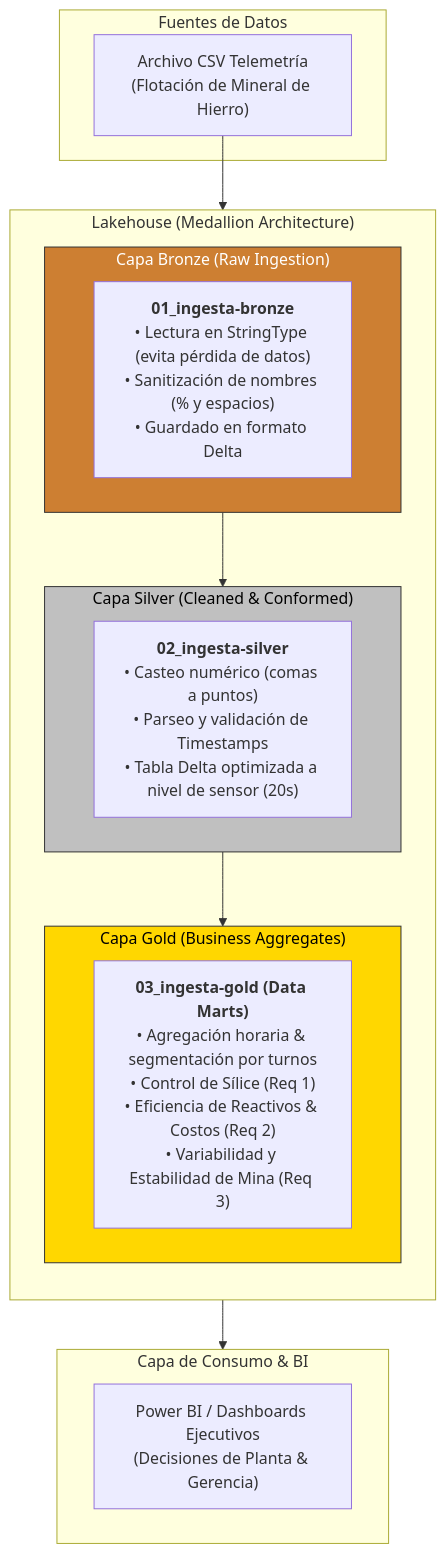
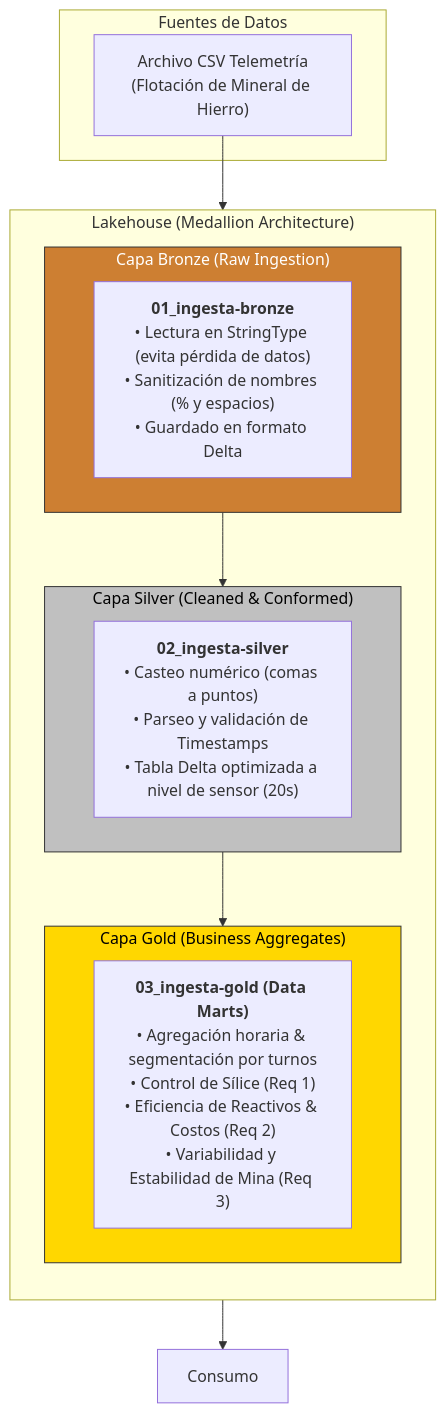
One commit to Wedkyy/Mining-pipeline changed the diagram in README.md. Above: the diagram before and after it, drawn with Mermaid. The commit also changed other lines of this file, not shown here.

````diff
--- a/README.md
+++ b/README.md
@@ -18,36 +18,33 @@
 ```mermaid
 flowchart TD
     subgraph Origen ["Fuentes de Datos"]
         CSV["Archivo CSV Telemetría<br/>(Flotación de Mineral de Hierro)"]
     end
 
     subgraph Databricks ["Lakehouse (Medallion Architecture)"]
         direction TB
         
         subgraph Bronze ["Capa Bronze (Raw Ingestion)"]
             B1["<b>01_ingesta-bronze</b><br/>• Lectura en StringType (evita pérdida de datos)<br/>• Sanitización de nombres (% y espacios)<br/>• Guardado en formato Delta"]
         end
 
         subgraph Silver ["Capa Silver (Cleaned & Conformed)"]
             S1["<b>02_ingesta-silver</b><br/>• Casteo numérico (comas a puntos)<br/>• Parseo y validación de Timestamps<br/>• Tabla Delta optimizada a nivel de sensor (20s)"]
         end
 
         subgraph Gold ["Capa Gold (Business Aggregates)"]
             G1["<b>03_ingesta-gold (Data Marts)</b><br/>• Agregación horaria & segmentación por turnos<br/>• Control de Sílice (Req 1)<br/>• Eficiencia de Reactivos & Costos (Req 2)<br/>• Variabilidad y Estabilidad de Mina (Req 3)"]
         end
 
         Bronze --> Silver
         Silver --> Gold
     end
 
-    subgraph Consumo ["Capa de Consumo & BI"]
-        BI["Power BI / Dashboards Ejecutivos<br/>(Decisiones de Planta & Gerencia)"]
-    end
 
     CSV --> Bronze
     Gold --> Consumo
 
     style Bronze fill:#cd7f32,stroke:#333,stroke-width:1px,color:#fff
     style Silver fill:#c0c0c0,stroke:#333,stroke-width:1px,color:#000
     style Gold fill:#ffd700,stroke:#333,stroke-width:1px,color:#000
 ```
````
